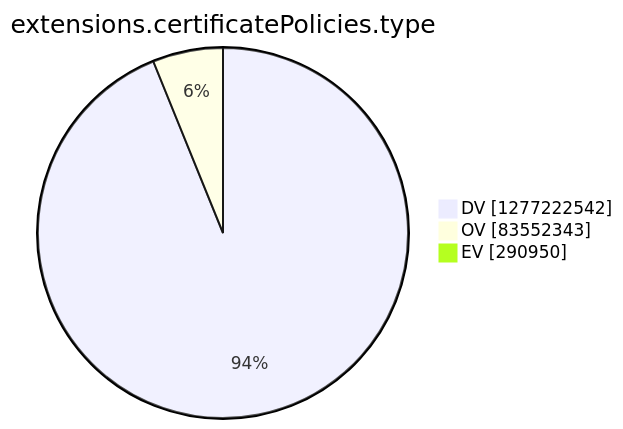
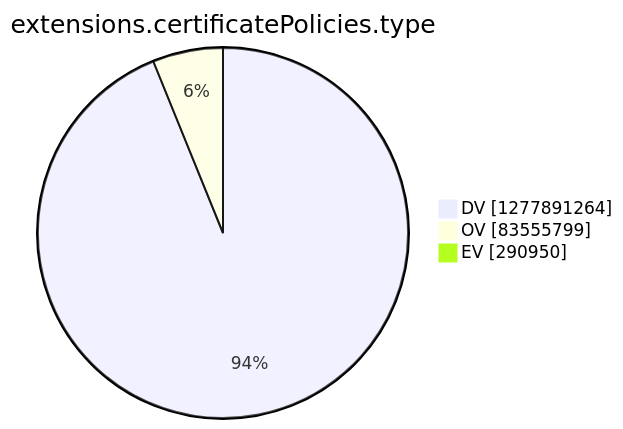
Before and after one commit to christiankrug/ctmonitor_visualization: the tenth of 15 diagrams in argon2022/README.md, drawn with Mermaid. The commit also changed other lines of this file, not shown here.

````diff
--- a/argon2022/README.md
+++ b/argon2022/README.md
@@ -2771,7 +2771,7 @@
 ```mermaid
 pie showData
 title extensions.certificatePolicies.type
-"DV" :1277222542
-"OV" :83552343
+"DV" :1277891264
+"OV" :83555799
 "EV" :290950
 ```
````
